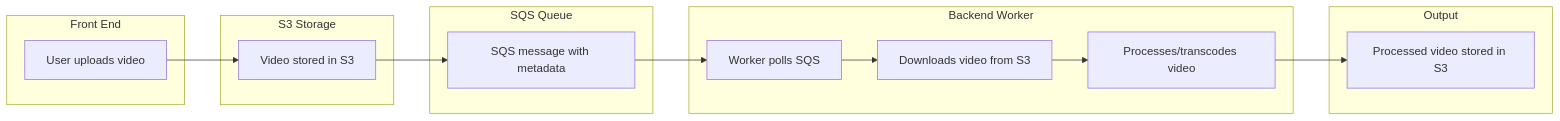
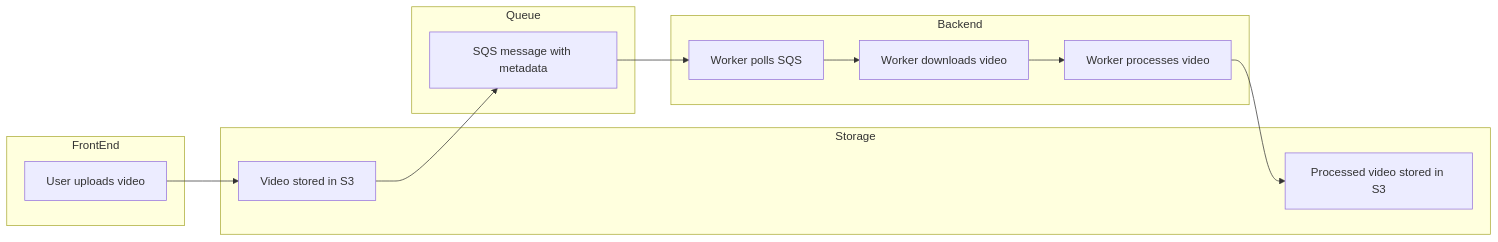
The diagram in content/posts/training/AWS/2025-aws-cloud-practitioner/16-cloud-integrations/index.md (rtdevx/rtdevx.github.io), drawn with Mermaid before and after one commit.

Commit message:
Obsidian sync: 2026-06-30 18:05:11

```diff
--- a/content/posts/training/AWS/2025-aws-cloud-practitioner/16-cloud-integrations/index.md
+++ b/content/posts/training/AWS/2025-aws-cloud-practitioner/16-cloud-integrations/index.md
@@ -112,34 +112,31 @@
 {{< mermaid >}}
 
 flowchart LR
 
-    subgraph FE[Front End]
-        U[User uploads video]
+    subgraph FrontEnd
+        User[User uploads video]
     end
 
-    subgraph S3[S3 Storage]
-        S3Obj[Video stored in S3]
+    subgraph Storage
+        S3Upload[Video stored in S3]
+        S3Output[Processed video stored in S3]
     end
 
-    subgraph SQ[SQS Queue]
-        Q[SQS message with metadata]
+    subgraph Queue
+        SQSMsg[SQS message with metadata]
     end
 
-    subgraph BE[Backend Worker]
-        W[Worker polls SQS]
-        D[Downloads video from S3]
-        P[Processes/transcodes video]
+    subgraph Backend
+        WorkerPoll[Worker polls SQS]
+        WorkerDownload[Worker downloads video]
+        WorkerProcess[Worker processes video]
     end
 
-    subgraph OUT[Output]
-        O[Processed video stored in S3]
-    end
-
-    U --> S3Obj
-    S3Obj --> Q
-    Q --> W
-    W --> D
-    D --> P
-    P --> O
+    User --> S3Upload
+    S3Upload --> SQSMsg
+    SQSMsg --> WorkerPoll
+    WorkerPoll --> WorkerDownload
+    WorkerDownload --> WorkerProcess
+    WorkerProcess --> S3Output
 
 {{< /mermaid >}}
```
